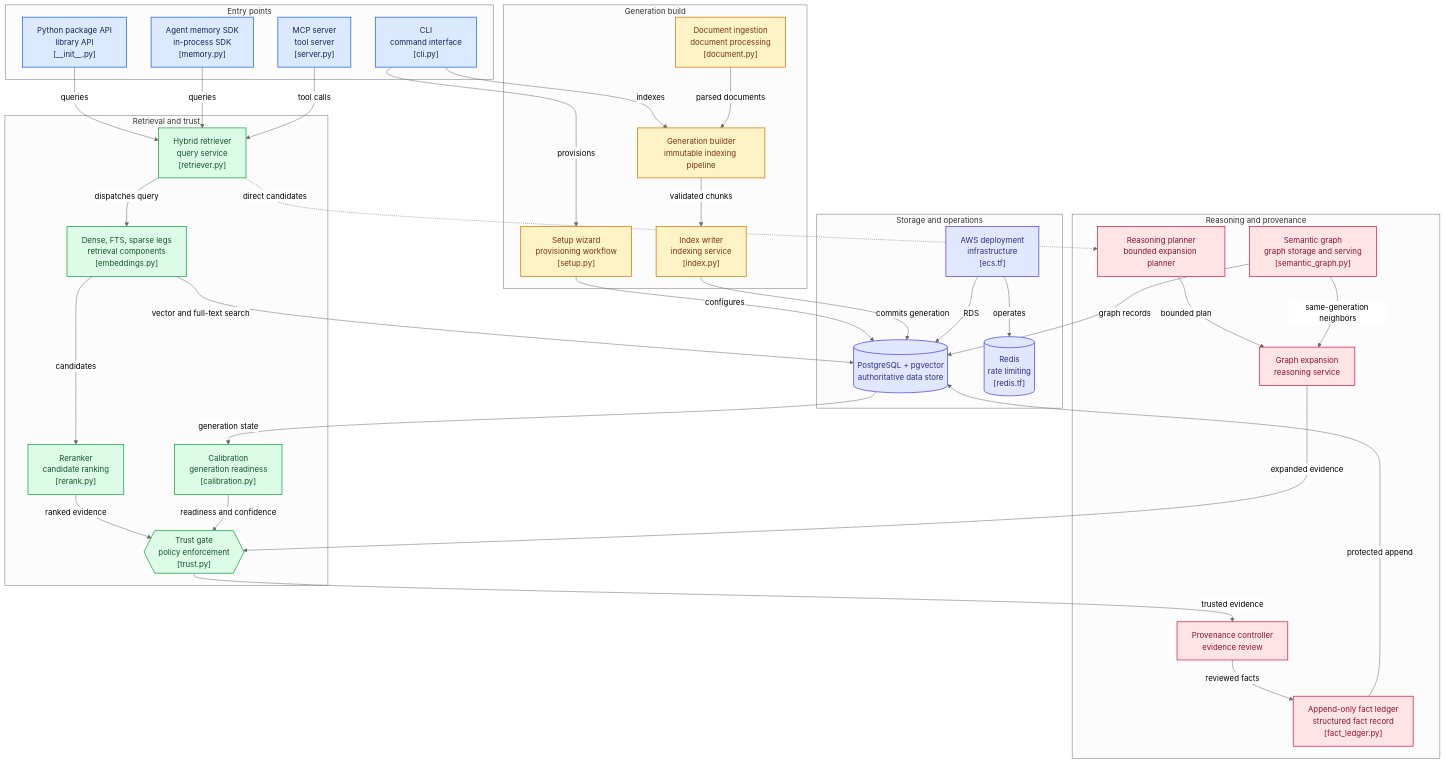
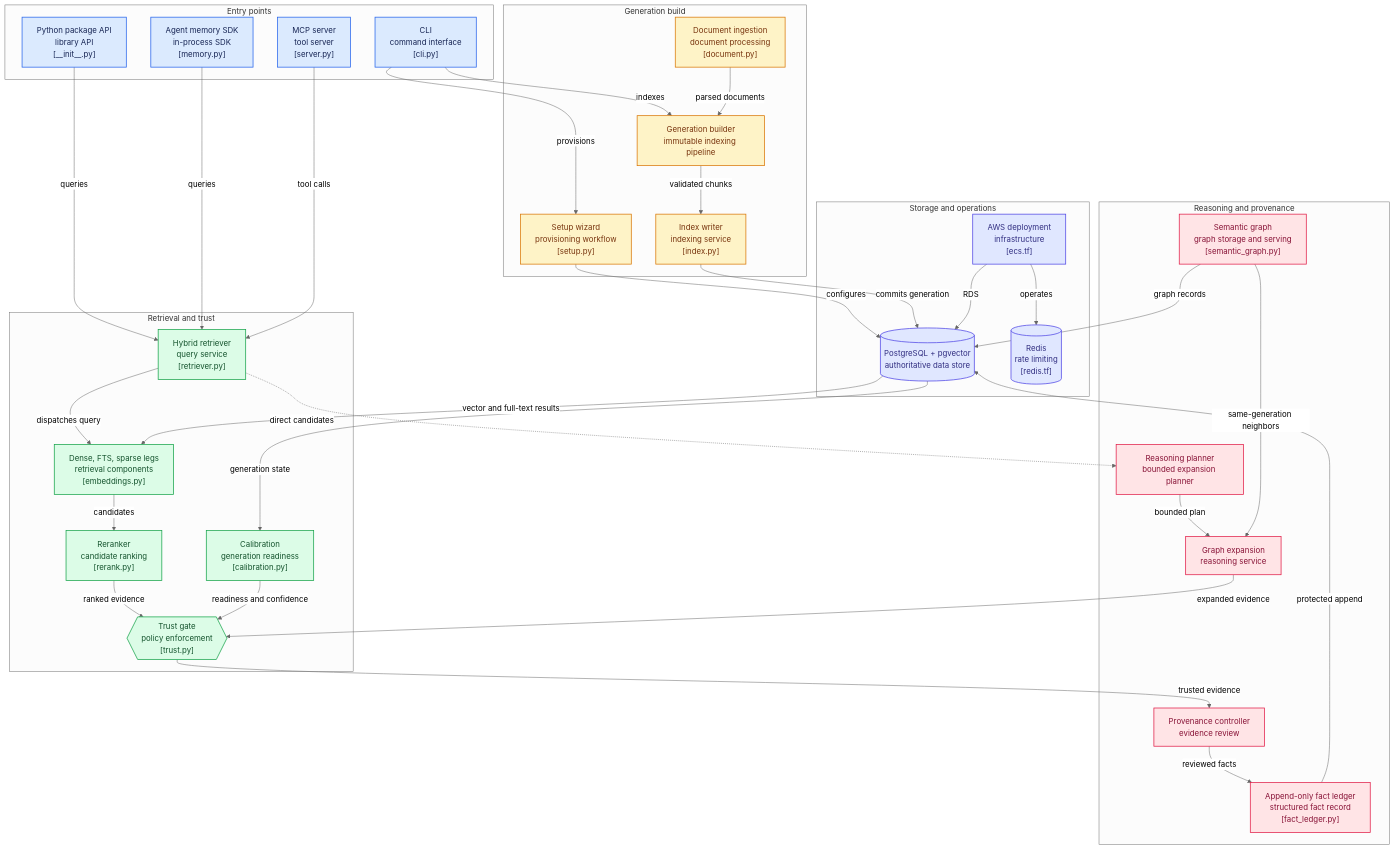
One commit to GiulioDER/RE-call changed the diagram in README.md. Above: the diagram before and after it, drawn with Mermaid (neutral theme).

Commit message:
Fix README retrieval flow direction

```diff
--- a/README.md
+++ b/README.md
@@ -103,7 +103,7 @@
 node_generation_builder -->|"validated chunks"| node_indexer
 node_indexer -->|"commits generation"| node_postgres
 node_retriever -->|"dispatches query"| node_retrieval_legs
-node_retrieval_legs -->|"vector and full-text search"| node_postgres
+node_postgres -->|"vector and full-text results"| node_retrieval_legs
 node_retrieval_legs -->|"candidates"| node_reranker
 node_reranker -->|"ranked evidence"| node_trust_gate
 node_calibration -->|"readiness and confidence"| node_trust_gate
```
